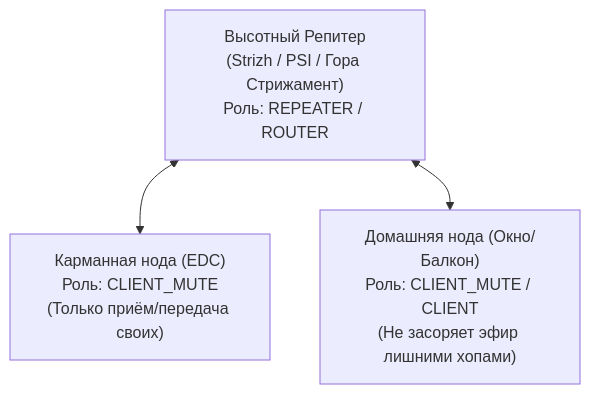
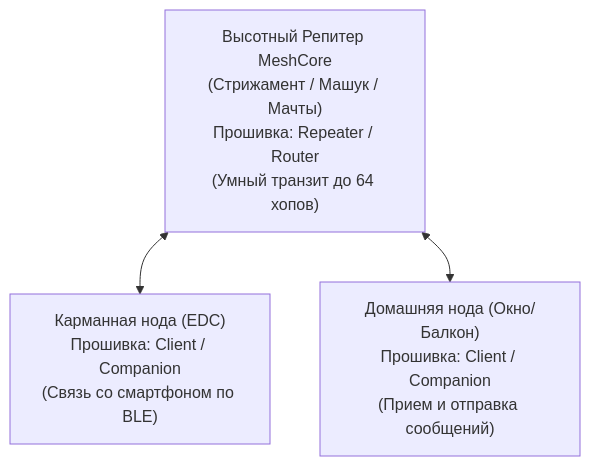
Before and after one commit to yamixst/meshcore-skfo-wiki: the diagram in wiki/guides-and-faq/quick-start.md, drawn with Mermaid. The commit also changed other lines of this file and 3 other files, not shown here.

Commit message:
Replace Meshtastic CLIENT_MUTE references with native MeshCore node architecture

````diff
--- a/wiki/guides-and-faq/quick-start.md
+++ b/wiki/guides-and-faq/quick-start.md
@@ -67,9 +67,9 @@
 ```mermaid
 flowchart TD
-    REP["Высотный Репитер<br/>(Strizh / PSI / Гора Стрижамент)<br/>Роль: REPEATER / ROUTER"]
-    CLIENT1["Карманная нода (EDC)<br/>Роль: CLIENT_MUTE<br/>(Только приём/передача своих)"]
-    CLIENT2["Домашняя нода (Окно/Балкон)<br/>Роль: CLIENT_MUTE / CLIENT<br/>(Не засоряет эфир лишними хопами)"]
+    REP["Высотный Репитер MeshCore<br/>(Стрижамент / Машук / Мачты)<br/>Прошивка: Repeater / Router<br/>(Умный транзит до 64 хопов)"]
+    CLIENT1["Карманная нода (EDC)<br/>Прошивка: Client / Companion<br/>(Связь со смартфоном по BLE)"]
+    CLIENT2["Домашняя нода (Окно/Балкон)<br/>Прошивка: Client / Companion<br/>(Прием и отправка сообщений)"]
 
     REP <--> CLIENT1
     REP <--> CLIENT2
 ```
````
